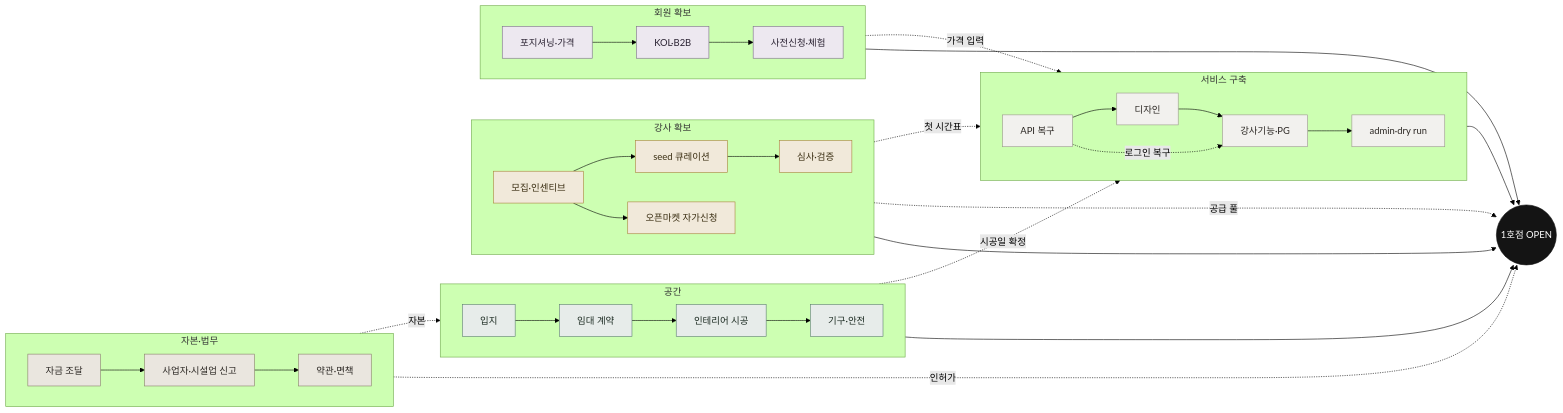
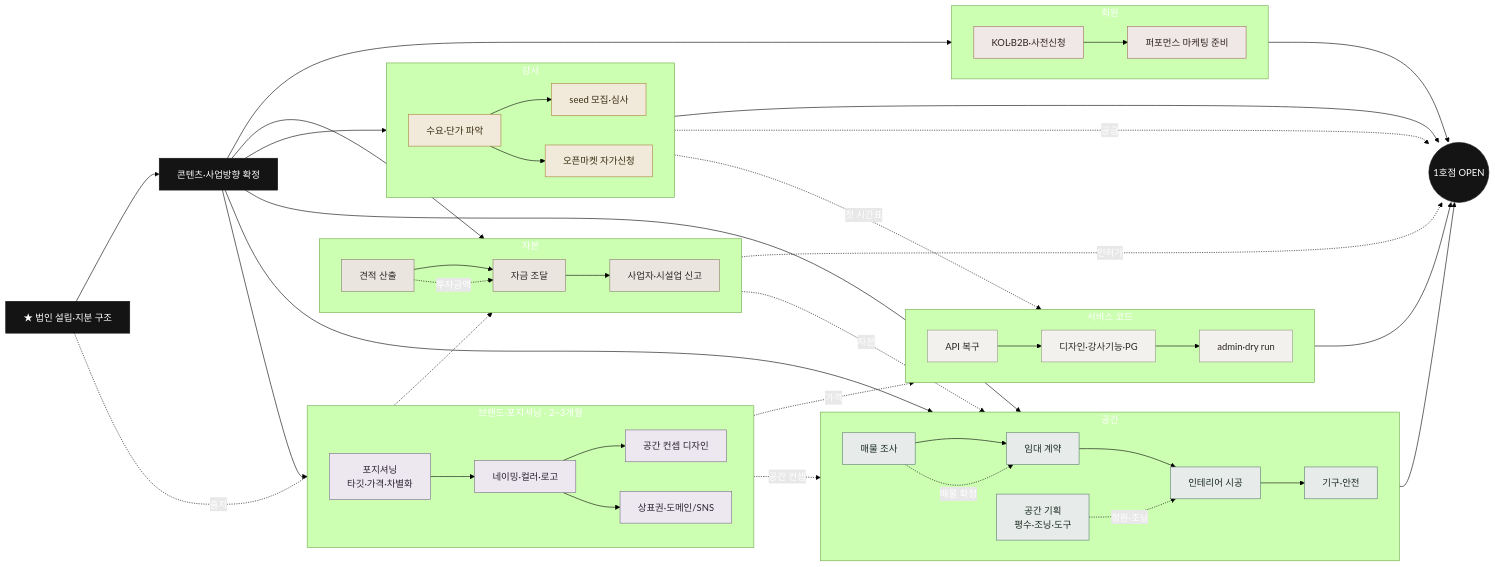
Before and after one commit to Young-000/pt-platform-docs: the second of 2 diagrams in operations/tech-tree.md, drawn with Mermaid (forest theme). The commit also changed other lines of this file, not shown here.

Commit message:
docs(tech-tree): 협업자 사전준비표 + Founder 6대 과제 반영 — 법인·지분(★)·브랜드/포지셔닝·상표권/디지털영토·퍼포먼스 마케팅, 타임라인 ~5~6개월

````diff
--- a/operations/tech-tree.md
+++ b/operations/tech-tree.md
@@ -56,46 +68,69 @@
 ```mermaid
 flowchart LR
-  classDef cap fill:#EAE6DF,stroke:#8a7f6c,color:#2b2723;
+  classDef root fill:#141414,stroke:#141414,color:#fff;
+  classDef br fill:#EDE8F0,stroke:#7c6c8a,color:#2b2333;
   classDef sp fill:#E7ECEA,stroke:#5d7d72,color:#1c2b22;
   classDef mt fill:#F1E9DA,stroke:#a9823c,color:#3a2e12;
-  classDef us fill:#Ede8f0,stroke:#7c6c8a,color:#2b2333;
+  classDef us fill:#F0E8E6,stroke:#a06c62,color:#33231f;
   classDef sv fill:#F2F1EE,stroke:#9a958c,color:#2b2723;
+  classDef cap fill:#EAE6DF,stroke:#8a7f6c,color:#2b2723;
   classDef goal fill:#141414,stroke:#141414,color:#fff;
 
-  subgraph CAP[자본·법무]
+  C0[★ 법인 설립·지분 구조]:::root
+  D0[콘텐츠·사업방향 확정]:::root
+
+  subgraph BR[브랜드·포지셔닝 · 2~3개월]
     direction LR
-    A1[자금 조달]:::cap --> A2[사업자·시설업 신고]:::cap --> A3[약관·면책]:::cap
+    B0[포지셔닝<br/>타깃·가격·차별화]:::br --> B1[네이밍·컬러·로고]:::br --> B2[공간 컨셉 디자인]:::br
+    B1 --> B3[상표권·도메인/SNS]:::br
   end
   subgraph SPC[공간]
     direction LR
-    S1[입지]:::sp --> S2[임대 계약]:::sp --> S3[인테리어 시공]:::sp --> S4[기구·안전]:::sp
+    G1[공간 기획<br/>평수·조닝·도구]:::sp
+    R1[매물 조사]:::sp --> S1[임대 계약]:::sp --> S2[인테리어 시공]:::sp --> S3[기구·안전]:::sp
   end
-  subgraph MTR[강사 확보]
+  subgraph MTR[강사]
     direction LR
-    M1[모집·인센티브]:::mt --> M2[seed 큐레이션]:::mt --> M3[심사·검증]:::mt
+    M1[수요·단가 파악]:::mt --> M2[seed 모집·심사]:::mt
     M1 --> M4[오픈마켓 자가신청]:::mt
   end
-  subgraph USR[회원 확보]
+  subgraph CAP[자본]
     direction LR
-    U1[포지셔닝·가격]:::us --> U2[KOL·B2B]:::us --> U3[사전신청·체험]:::us
+    R2[견적 산출]:::cap --> A1[자금 조달]:::cap --> A2[사업자·시설업 신고]:::cap
   end
-  subgraph SVC[서비스 구축]
+  subgraph USR[회원]
     direction LR
-    P1[API 복구]:::sv --> P2[디자인]:::sv --> P3[강사기능·PG]:::sv --> P4[admin·dry run]:::sv
+    U1[KOL·B2B·사전신청]:::us --> U2[퍼포먼스 마케팅 준비]:::us
+  end
+  subgraph SVC[서비스 코드]
+    direction LR
+    P1[API 복구]:::sv --> P2[디자인·강사기능·PG]:::sv --> P3[admin·dry run]:::sv
   end
 
   OPEN((1호점 OPEN)):::goal
 
-  %% 트랙 교차 (점선)
-  A1 -.->|자본| S2
+  %% 법인·지분이 ★최우선 루트, 방향 확정이 사전준비의 뿌리
+  C0 --> D0
+  C0 -.->|출자| A1
+  D0 --> M1
+  D0 --> G1
+  D0 --> B0
+  D0 --> R1
+  D0 --> R2
+  D0 --> U1
+  %% 교차
+  B2 -.->|공간 컨셉| S2
+  B0 -.->|가격| P2
+  G1 -.->|정원·조닝| S2
+  R2 -.->|투자금액| A1
+  A1 -.->|자본| S1
+  R1 -.->|매물 확정| S1
+  M2 -.->|첫 시간표| P3
+  %% 수렴
+  S3 --> OPEN
+  M2 --> OPEN
+  M4 -.->|공급| OPEN
+  U2 --> OPEN
+  P3 --> OPEN
   A2 -.->|인허가| OPEN
-  S2 -.->|시공일 확정| P4
-  S4 --> OPEN
-  U1 -.->|가격 입력| P3
-  M2 -.->|첫 시간표| P4
-  M3 --> OPEN
-  M4 -.->|공급 풀| OPEN
-  U3 --> OPEN
-  P4 --> OPEN
-  P1 -.->|로그인 복구| P3
 ```
````
